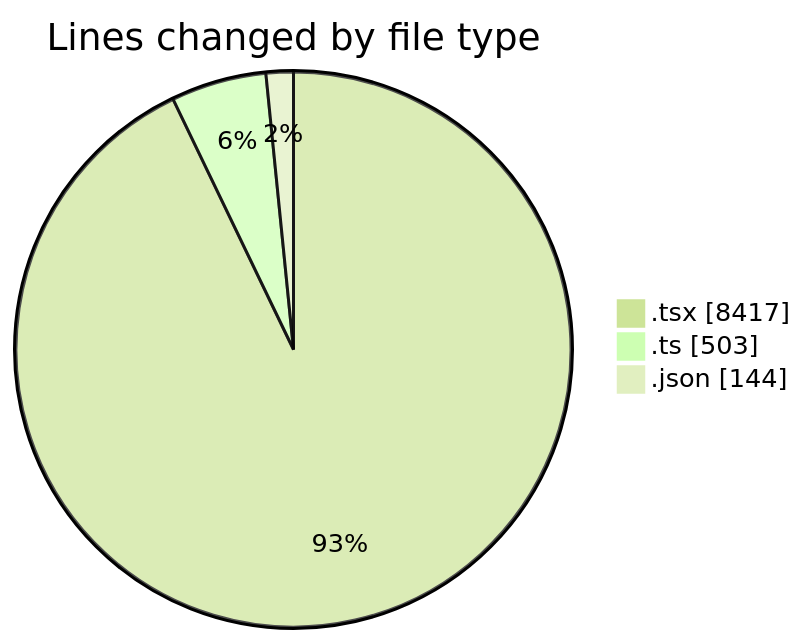
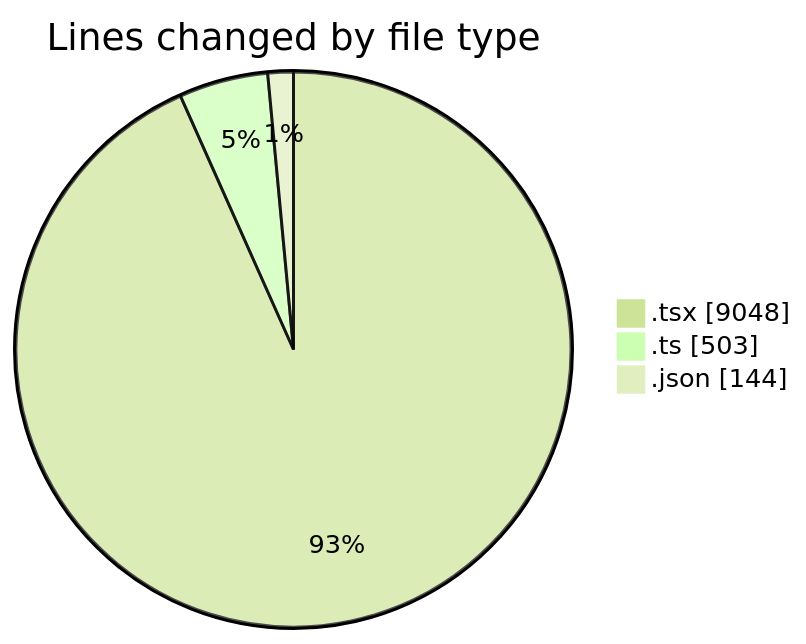
One commit to robertbonfada/code-tracking changed the first of 2 diagrams in 2025-02-18/mbc-web/README.md. Above: the diagram before and after it, drawn with Mermaid (forest theme). The commit also changed other lines of this file and 2 other files, not shown here.

````diff
--- a/2025-02-18/mbc-web/README.md
+++ b/2025-02-18/mbc-web/README.md
@@ -115,7 +122,7 @@
 ```mermaid
 pie showData
 title Lines changed by file type
-".tsx" : 8417
+".tsx" : 9048
 ".ts" : 503
 ".json" : 144
 ```
````
